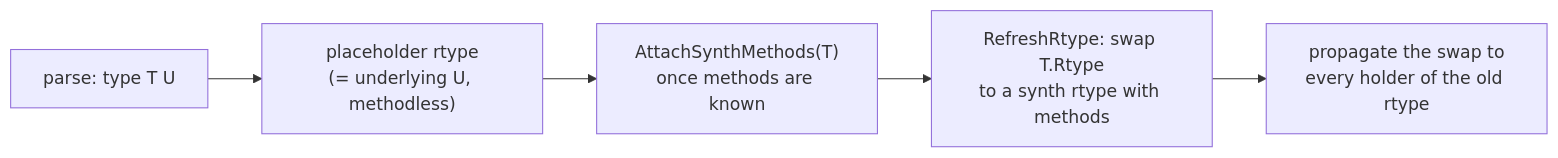
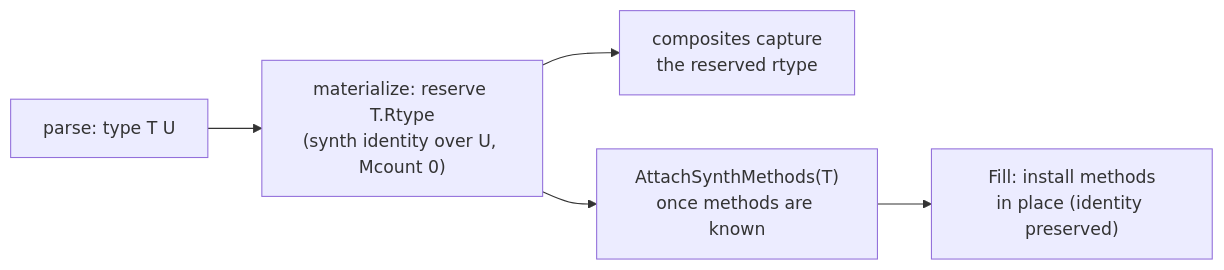
The diagram in docs/modules/synth-types.md (mvm-sh/mvm), drawn with Mermaid before and after one commit. The commit also changed other lines of this file and 21 other files, not shown here.

````diff
--- a/docs/modules/synth-types.md
+++ b/docs/modules/synth-types.md
@@ -53,7 +58,7 @@
 ```mermaid
 flowchart LR
-    parse["parse: type T U"] --> ph["placeholder rtype<br/>(= underlying U, methodless)"]
-    ph --> attach["AttachSynthMethods(T)<br/>once methods are known"]
-    attach --> swap["RefreshRtype: swap T.Rtype<br/>to a synth rtype with methods"]
-    swap --> prop["propagate the swap to<br/>every holder of the old rtype"]
+    parse["parse: type T U"] --> reserve["materialize: reserve T.Rtype<br/>(synth identity over U, Mcount 0)"]
+    reserve --> capture["composites capture<br/>the reserved rtype"]
+    reserve --> attach["AttachSynthMethods(T)<br/>once methods are known"]
+    attach --> fill["Fill: install methods<br/>in place (identity preserved)"]
 ```
````
